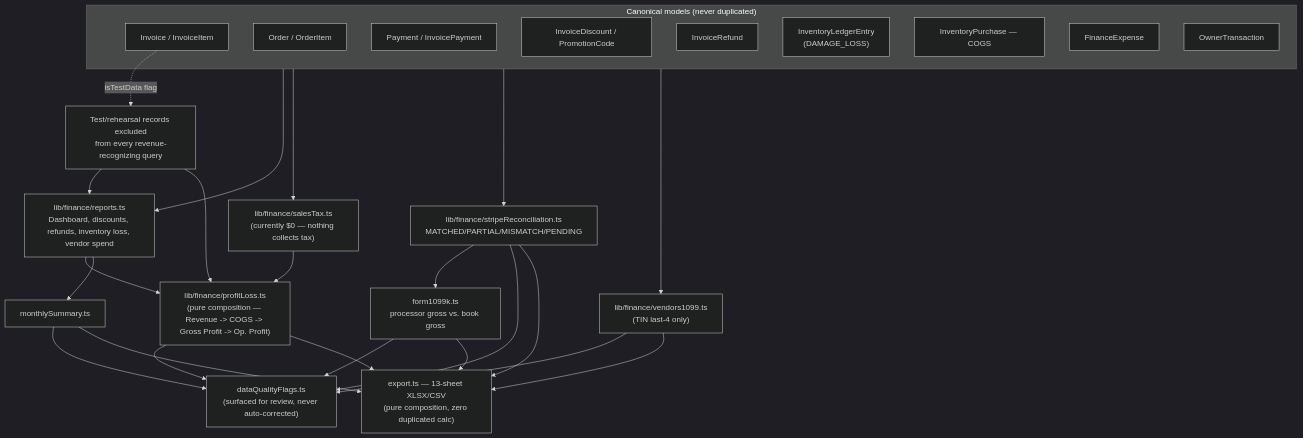
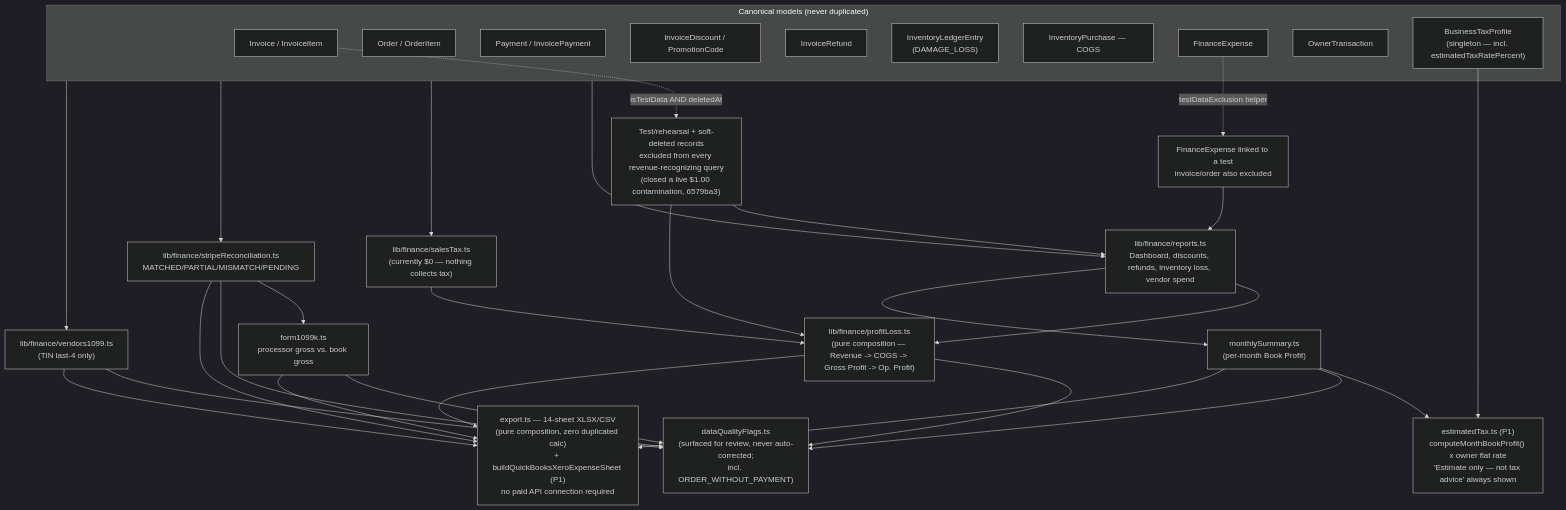
One commit to compscigrad/Pepscore- changed the fifth of 10 diagrams in docs/ArchitectureDiagrams.md. Above: the diagram before and after it, drawn with Mermaid (dark theme). The commit also changed other lines of this file, not shown here.

Commit message:
Sync architecture diagrams through commit d602c11: Finance P1 additions
Updates diagram 5 (Financial Data Flow) to add the two Finance P1
capabilities (estimatedTax.ts's computeMonthBookProfit() x owner flat
rate, always labeled "Estimate only"; the QuickBooks/Xero export sheet,
explicitly noted as needing no paid API connection) and the P0
verification pass's deletedAt exclusion fix (closed a live $1.00 Gross
Revenue contamination) alongside the existing isTestData exclusion.
Confirmed no other diagrammed flow (Customer Journey, Admin Operating
System, Commerce/Payment, Fulfillment, AI Intelligence, Auth/RBAC,
Webhook/Automation, Deployment, Domain/Launch) was structurally altered
by this sprint's Admin cleanup or Finance P1 work, so only diagram 5 and
the document's own "grounded as of" header needed updating.

````diff
--- a/docs/ArchitectureDiagrams.md
+++ b/docs/ArchitectureDiagrams.md
@@ -143,27 +143,31 @@
 ```mermaid
 flowchart TD
     subgraph Canonical["Canonical models (never duplicated)"]
       INV[Invoice / InvoiceItem]
       ORD[Order / OrderItem]
       PAY[Payment / InvoicePayment]
       DISC[InvoiceDiscount / PromotionCode]
       REF[InvoiceRefund]
       LEDG["InventoryLedgerEntry\n(DAMAGE_LOSS)"]
       PURCH[InventoryPurchase — COGS]
       EXP[FinanceExpense]
       OWNT[OwnerTransaction]
+      BTP["BusinessTaxProfile\n(singleton — incl. estimatedTaxRatePercent)"]
     end
     Canonical --> REPORTS["lib/finance/reports.ts\nDashboard, discounts, refunds, inventory loss, vendor spend"]
     Canonical --> TAX["lib/finance/salesTax.ts\n(currently $0 — nothing collects tax)"]
     Canonical --> RECON["lib/finance/stripeReconciliation.ts\nMATCHED/PARTIAL/MISMATCH/PENDING"]
     REPORTS --> PL["lib/finance/profitLoss.ts\n(pure composition — Revenue -> COGS -> Gross Profit -> Op. Profit)"]
     TAX --> PL
-    REPORTS --> MS[monthlySummary.ts]
+    REPORTS --> MS["monthlySummary.ts\n(per-month Book Profit)"]
     Canonical --> V1099["lib/finance/vendors1099.ts\n(TIN last-4 only)"]
     RECON --> F1099K["form1099k.ts\nprocessor gross vs. book gross"]
-    PL & MS & RECON & V1099 & F1099K --> DQ["dataQualityFlags.ts\n(surfaced for review, never auto-corrected)"]
-    PL & MS & RECON & V1099 & F1099K --> EXPORT["export.ts — 13-sheet XLSX/CSV\n(pure composition, zero duplicated calc)"]
-    INV -.isTestData flag.-> EXCL["Test/rehearsal records excluded\nfrom every revenue-recognizing query"]
+    MS & BTP --> ETAX["estimatedTax.ts (P1)\ncomputeMonthBookProfit() x owner flat rate\n'Estimate only — not tax advice' always shown"]
+    PL & MS & RECON & V1099 & F1099K --> DQ["dataQualityFlags.ts\n(surfaced for review, never auto-corrected;\nincl. ORDER_WITHOUT_PAYMENT)"]
+    PL & MS & RECON & V1099 & F1099K --> EXPORT["export.ts — 14-sheet XLSX/CSV\n(pure composition, zero duplicated calc)\n+ buildQuickBooksXeroExpenseSheet (P1)\nno paid API connection required"]
+    INV -.isTestData AND deletedAt.-> EXCL["Test/rehearsal + soft-deleted records\nexcluded from every revenue-recognizing query\n(closed a live $1.00 contamination, 6579ba3)"]
+    EXP -.testDataExclusion helper.-> EXCL2["FinanceExpense linked to a test\ninvoice/order also excluded"]
     EXCL --> REPORTS
     EXCL --> PL
+    EXCL2 --> REPORTS
 ```
````
